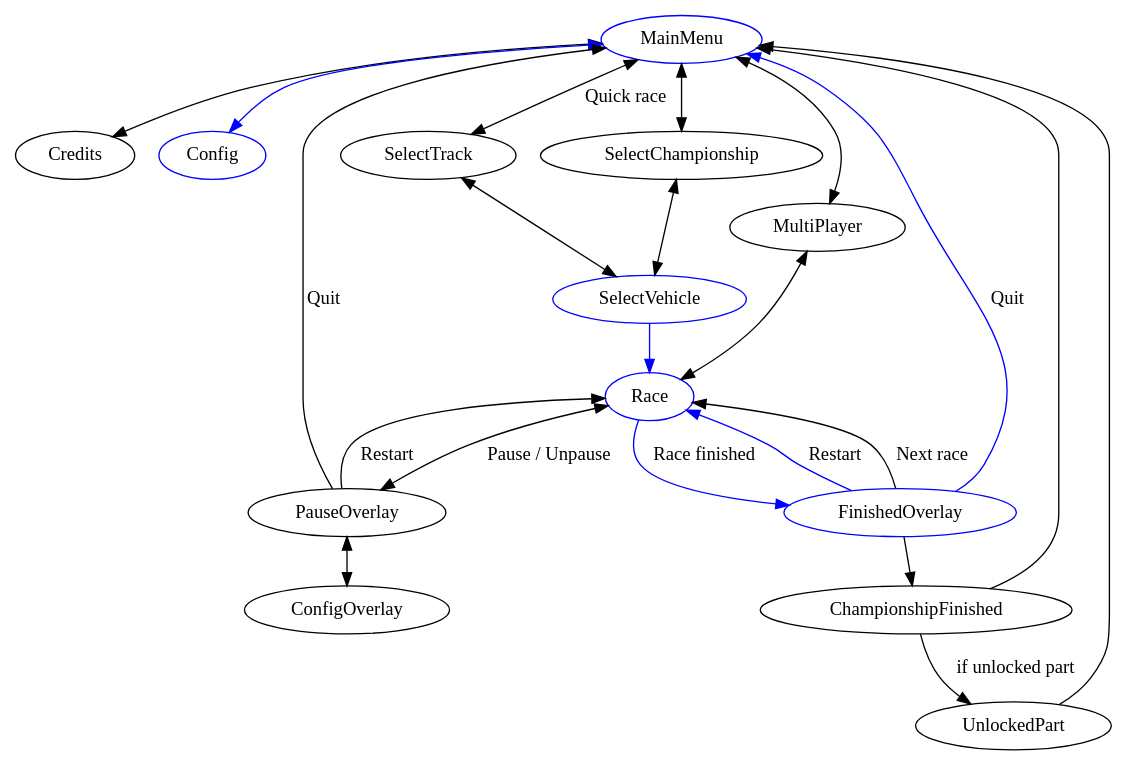
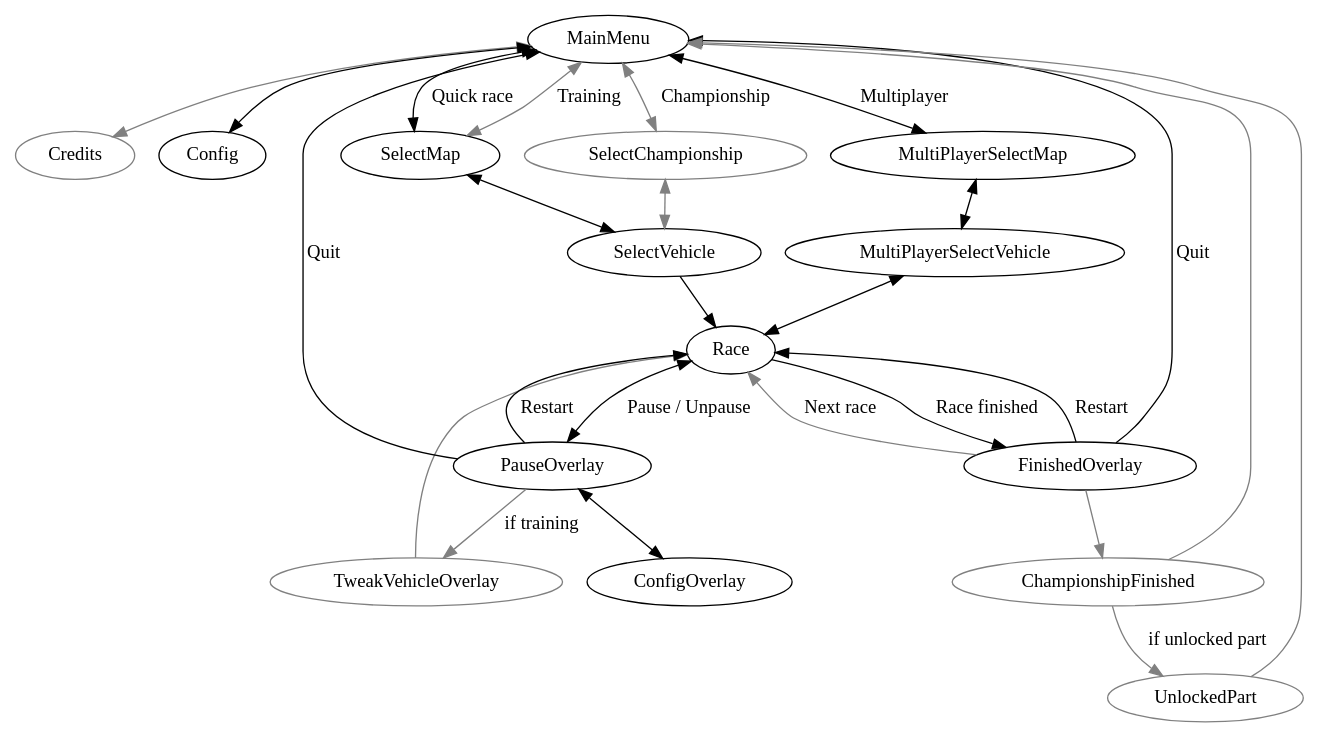
The diagram in doc/screens.dot (agateau/pixelwheels), drawn with Graphviz before and after one commit.

Commit message:
Update screen graph

```diff
--- a/doc/screens.dot
+++ b/doc/screens.dot
@@ -1,49 +1,66 @@
+// grey=not done
 digraph {
-    MainMenu[color=blue];
+    // Screens
+    MainMenu;
+    Credits[color=grey];
+    Config;
+    SelectChampionship[color=grey];
+    SelectMap;
+    MultiPlayerSelectMap;
 
-    Credits;
-    Config[color=blue];
-    SelectChampionship;
-    SelectTrack;
+    SelectVehicle;
+    MultiPlayerSelectVehicle;
 
-    MainMenu -> Credits [dir=both];
+    Race;
 
-    MainMenu -> Config [dir=both color=blue];
+    ConfigOverlay;
+    FinishedOverlay;
+    TweakVehicleOverlay[color=grey];
 
-    MainMenu -> SelectChampionship [dir=both];
+    ChampionshipFinished[color=grey];
 
-    MainMenu -> SelectTrack [dir=both, label="Quick race"];
+    UnlockedPart[color=grey];
 
-    MainMenu -> MultiPlayer [dir=both];
-    MultiPlayer -> Race [dir=both];
+    // Edges
+    MainMenu -> Credits [dir=both, color=grey];
 
-    SelectVehicle[color=blue];
-    SelectChampionship -> SelectVehicle [dir=both];
-    SelectTrack -> SelectVehicle [dir=both];
+    MainMenu -> Config [dir=both];
 
-    Race[color=blue];
-    SelectVehicle -> Race [color=blue];
+    // Quick race
+    MainMenu -> SelectMap [dir=both, label="Quick race"];
+    SelectMap -> SelectVehicle [dir=both];
 
-    PauseOverlay;
+    // Training
+    MainMenu -> SelectMap [dir=both, label="Training", color=grey];
+
+    // Championship
+    MainMenu -> SelectChampionship [dir=both, label="Championship", color=grey];
+    SelectChampionship -> SelectVehicle [dir=both, color=grey];
+
+    // Multiplayer
+    MainMenu -> MultiPlayerSelectMap [dir=both, label="Multiplayer"];
+    MultiPlayerSelectMap -> MultiPlayerSelectVehicle [dir=both];
+    MultiPlayerSelectVehicle -> Race [dir=both];
+
+    SelectVehicle -> Race;
+
     Race -> PauseOverlay [dir=both label="Pause / Unpause"];
+    Race -> FinishedOverlay [label="Race finished"];
+
     PauseOverlay -> Race [label="Restart"];
     PauseOverlay -> MainMenu [label="Quit"];
+    PauseOverlay -> ConfigOverlay [dir=both];
+    PauseOverlay -> TweakVehicleOverlay [label="if training", color="grey"];
 
-    ConfigOverlay;
-    PauseOverlay -> ConfigOverlay [dir=both];
+    TweakVehicleOverlay -> Race[color="grey"];
 
-    FinishedOverlay[color=blue];
-    Race -> FinishedOverlay [color=blue label="Race finished"];
-    FinishedOverlay -> Race [color=blue label="Restart"];
-    FinishedOverlay -> Race [label="Next race"];
-    FinishedOverlay -> MainMenu [color=blue label="Quit"];
+    FinishedOverlay -> Race [label="Restart"];
+    FinishedOverlay -> Race [label="Next race", color=grey];
+    FinishedOverlay -> MainMenu [label="Quit"];
+    FinishedOverlay -> ChampionshipFinished[color=grey];
 
-    ChampionshipFinished;
-    FinishedOverlay -> ChampionshipFinished;
+    ChampionshipFinished -> MainMenu[color=grey];
+    ChampionshipFinished -> UnlockedPart[label="if unlocked part", color=grey];
 
-    ChampionshipFinished -> MainMenu;
-
-    UnlockedPart;
-    ChampionshipFinished -> UnlockedPart[label="if unlocked part"];
-    UnlockedPart -> MainMenu;
+    UnlockedPart -> MainMenu[color=grey];
 }
```
